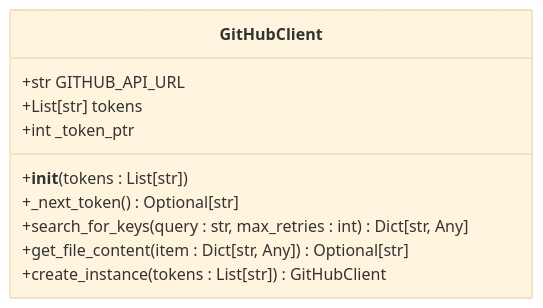
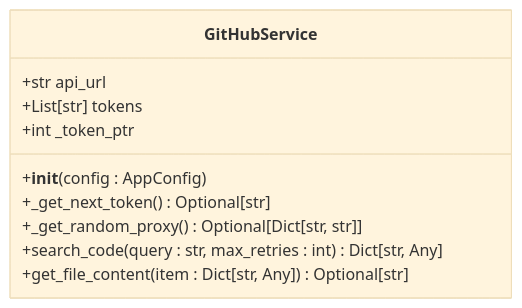
The third of 4 diagrams in .qoder/repowiki/zh/content/开发者指南/代码架构与模块设计/GitHub客户端模块.md (james-6-23/APIKEY-king), drawn with Mermaid (base theme) before and after one commit. The commit also changed other lines of this file and 49 other files, not shown here.

````diff
--- a/.qoder/repowiki/zh/content/开发者指南/代码架构与模块设计/GitHub客户端模块.md
+++ b/.qoder/repowiki/zh/content/开发者指南/代码架构与模块设计/GitHub客户端模块.md
@@ -80,13 +87,13 @@
 ```mermaid
 classDiagram
-class GitHubClient {
-+str GITHUB_API_URL
+class GitHubService {
++str api_url
 +List[str] tokens
 +int _token_ptr
-+__init__(tokens : List[str])
-+_next_token() Optional[str]
-+search_for_keys(query : str, max_retries : int) Dict[str, Any]
++__init__(config : AppConfig)
++_get_next_token() Optional[str]
++_get_random_proxy() Optional[Dict[str, str]]
++search_code(query : str, max_retries : int) Dict[str, Any]
 +get_file_content(item : Dict[str, Any]) Optional[str]
-+create_instance(tokens : List[str]) GitHubClient
 }
 ```
````
